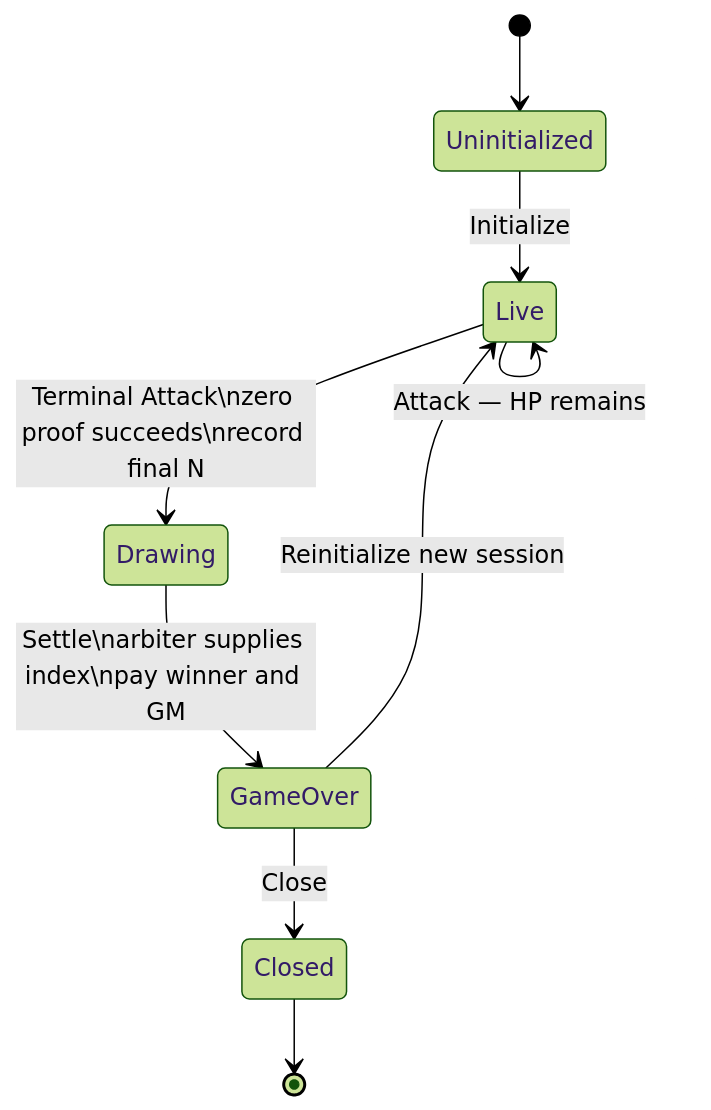
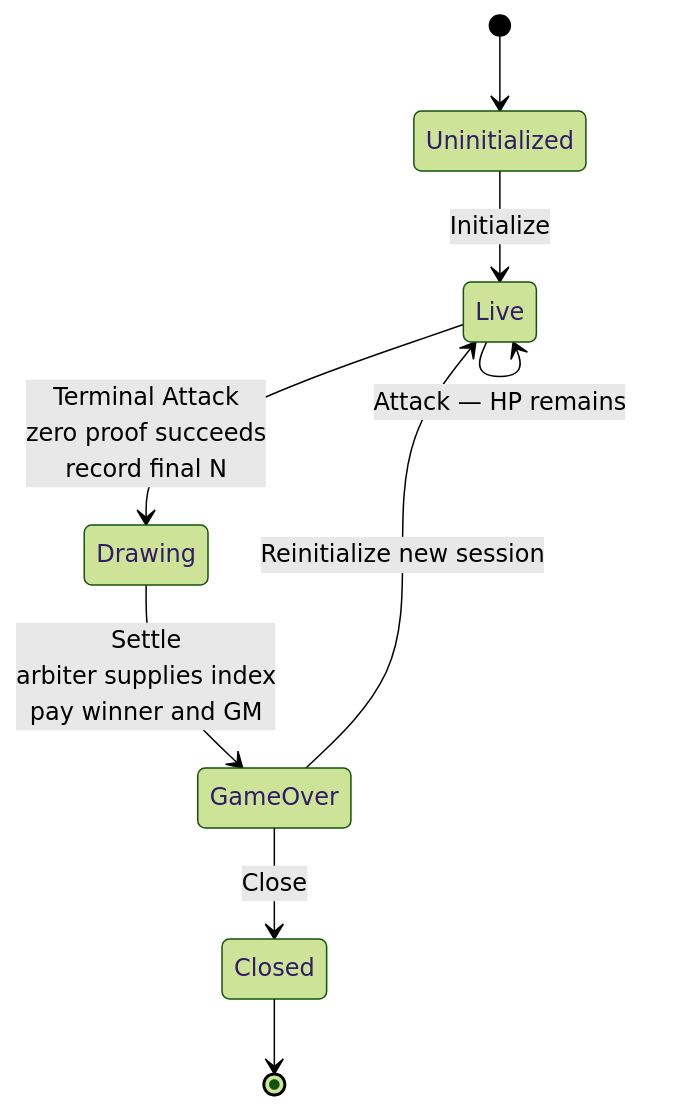
The first of 2 diagrams in docs/game.md (kilogold/confidential-pinata), drawn with Mermaid (forest theme) before and after one commit. The commit also changed 1 other file, not shown here.

````diff
--- a/docs/game.md
+++ b/docs/game.md
@@ -7,17 +7,17 @@
 ```mermaid
 stateDiagram-v2
   [*] --> Uninitialized
 
   Uninitialized --> Live: Initialize
 
   Live --> Live: Register
   Live --> Live: Attack — HP remains
-  Live --> Drawing: Terminal Attack\nzero proof succeeds\nrecord final N
+  Live --> Drawing: Terminal Attack<br/>zero proof succeeds<br/>record final N
 
-  Drawing --> GameOver: Settle\narbiter supplies index\npay winner and GM
+  Drawing --> GameOver: Settle<br/>arbiter supplies index<br/>pay winner and GM
 
   GameOver --> Live: Reinitialize new session
   GameOver --> Closed: Close
 
   Closed --> [*]
 ```
````
